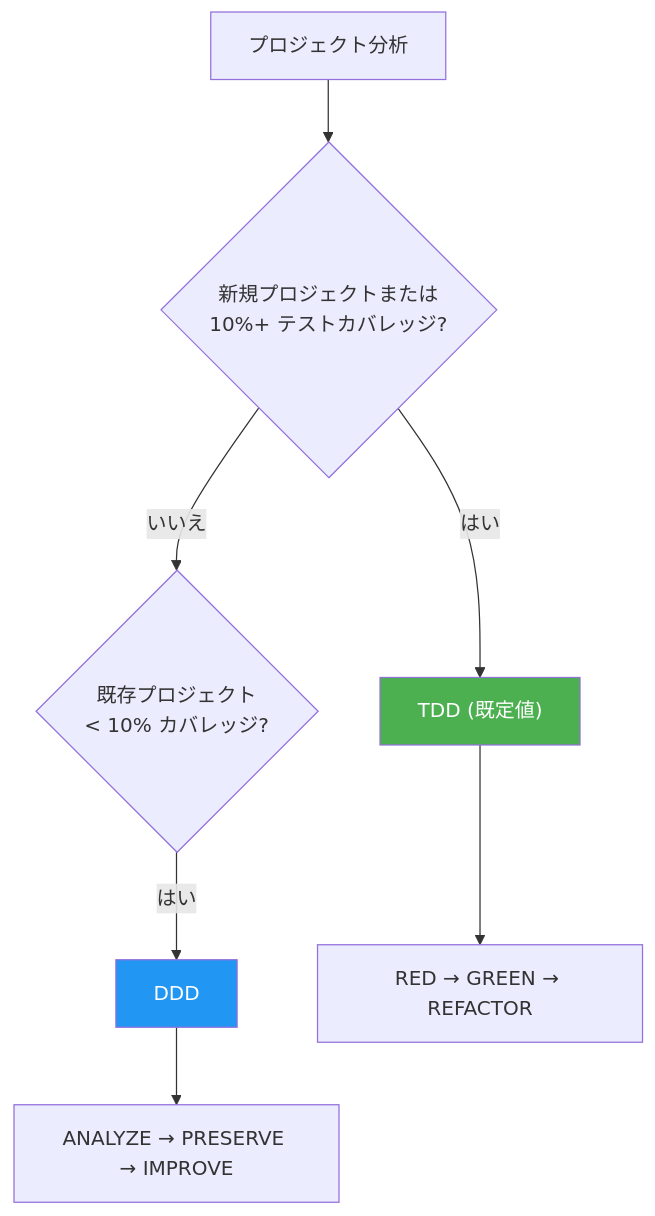
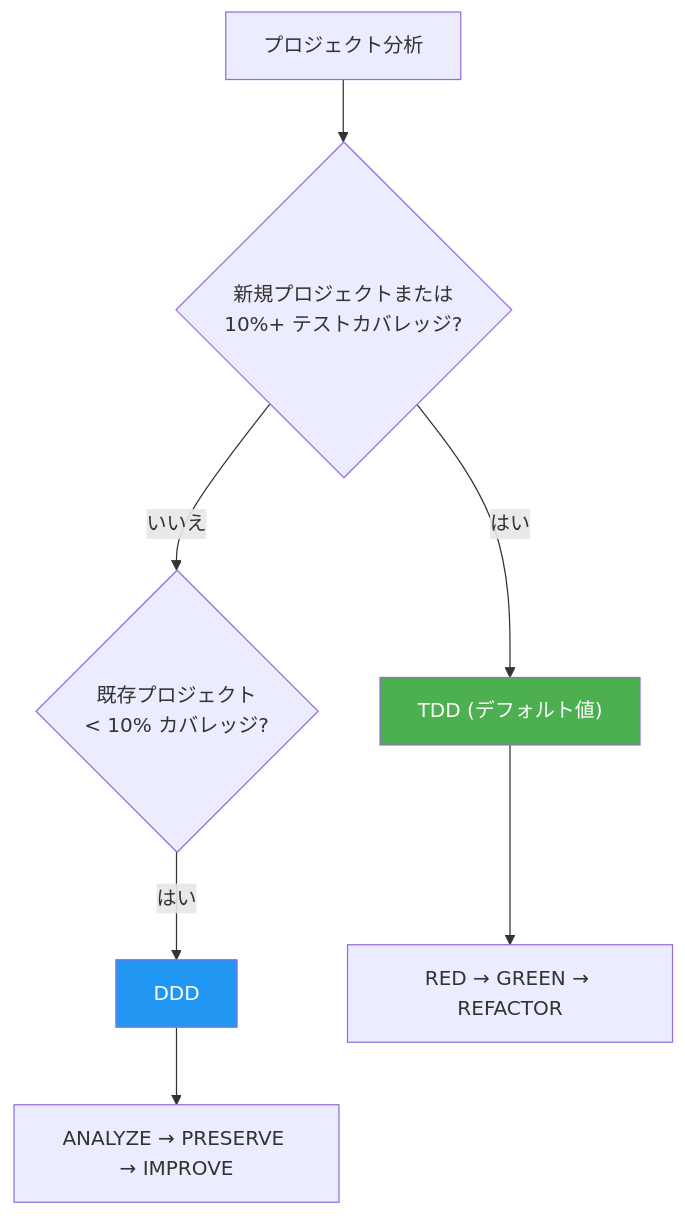
The second of 5 diagrams in docs-site/content/ja/core-concepts/what-is-moai-adk.md (modu-ai/moai-adk), drawn with Mermaid before and after one commit. The commit also changed other lines of this file and 180 other files, not shown here.

````diff
--- a/docs-site/content/ja/core-concepts/what-is-moai-adk.md
+++ b/docs-site/content/ja/core-concepts/what-is-moai-adk.md
@@ -195,12 +196,12 @@
 ```mermaid
 flowchart TD
     A["プロジェクト分析"] --> B{"新規プロジェクトまたは\n10%+ テストカバレッジ?"}
-    B -->|"はい"| C["TDD (既定値)"]
+    B -->|"はい"| C["TDD (デフォルト値)"]
     B -->|"いいえ"| D{"既存プロジェクト\n< 10% カバレッジ?"}
     D -->|"はい"| E["DDD"]
     C --> F["RED → GREEN → REFACTOR"]
     E --> G["ANALYZE → PRESERVE → IMPROVE"]
 
     style C fill:#4CAF50,color:#fff
     style E fill:#2196F3,color:#fff
 ```
````
